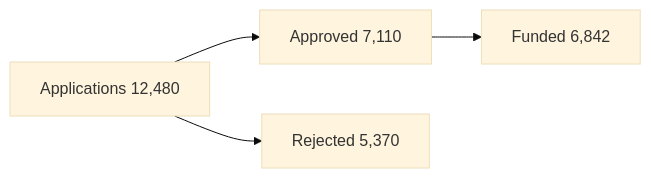
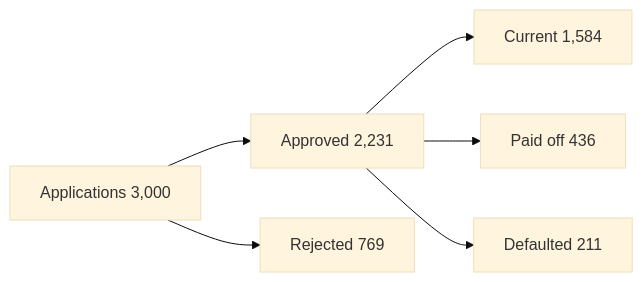
Before and after one commit to CcCc-coc/materni-flow: the diagram in .claude/skills/swap-dataset-cn/ref/system-prompt-render-blocks.md, drawn with Mermaid (base theme). The commit also changed other lines of this file and 44 other files, not shown here.

````diff
--- a/.claude/skills/swap-dataset-cn/ref/system-prompt-render-blocks.md
+++ b/.claude/skills/swap-dataset-cn/ref/system-prompt-render-blocks.md
@@ -97,6 +97,8 @@
 ```mermaid
 flowchart LR
-    A[Applications 12,480] --> B[Approved 7,110]
-    A --> C[Rejected 5,370]
-    B --> D[Funded 6,842]
+    A[Applications 3,000] --> B[Approved 2,231]
+    A --> C[Rejected 769]
+    B --> D[Current 1,584]
+    B --> E[Paid off 436]
+    B --> F[Defaulted 211]
 ```
````
